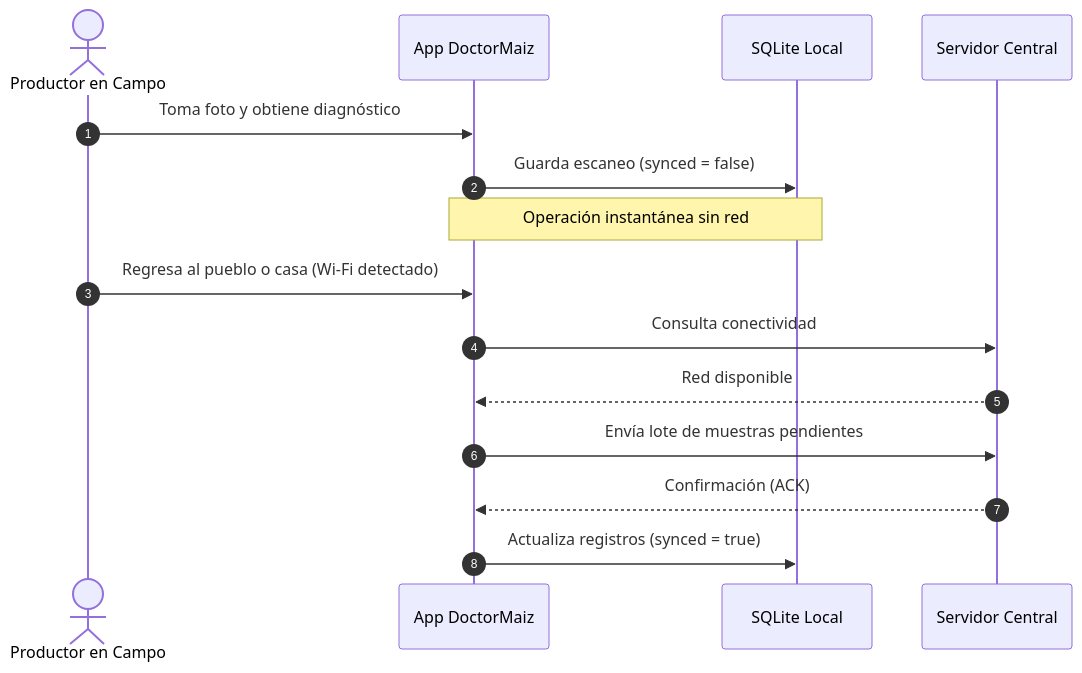
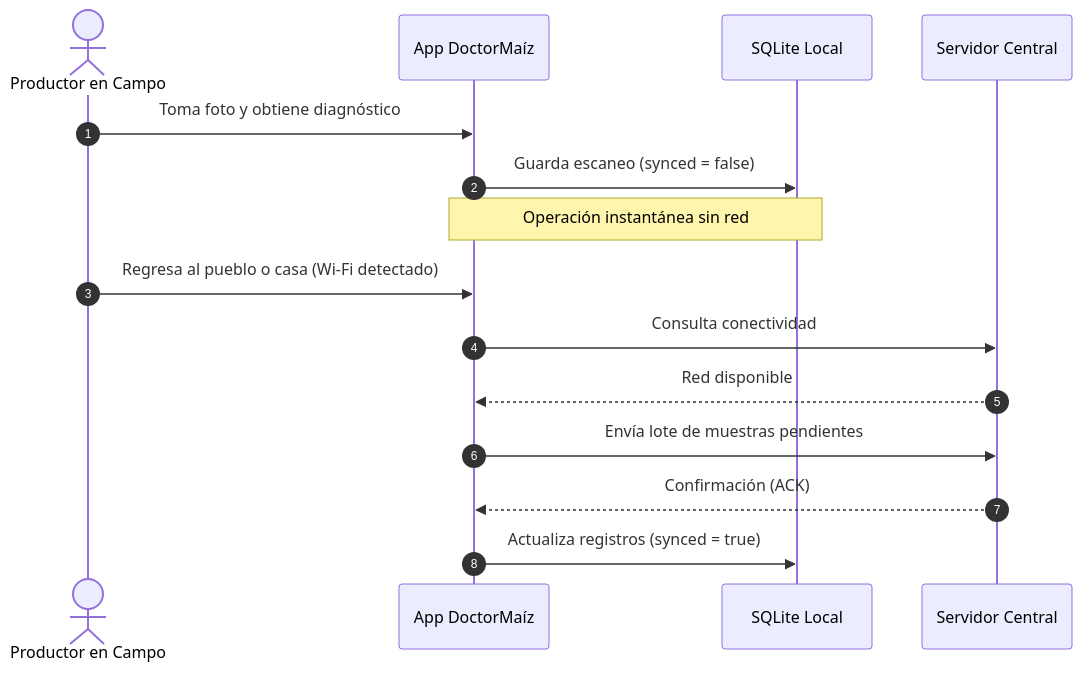
Before and after one commit to daiv05/maize-doctor-classifier: the diagram in docs/es/app/guia-inicio/primeros-pasos.md, drawn with Mermaid. The commit also changed other lines of this file and 29 other files, not shown here.

Commit message:
docs: unify the DoctorMaíz name and italicize English terms

````diff
--- a/docs/es/app/guia-inicio/primeros-pasos.md
+++ b/docs/es/app/guia-inicio/primeros-pasos.md
@@ -55,19 +55,19 @@
 ```mermaid
 sequenceDiagram
     autonumber
     actor A as Productor en Campo
-    participant App as App DoctorMaiz
+    participant App as App DoctorMaíz
     participant DB as SQLite Local
     participant Cloud as Servidor Central
 
     A->>App: Toma foto y obtiene diagnóstico
     App->>DB: Guarda escaneo (synced = false)
     Note over App,DB: Operación instantánea sin red
     
     A->>App: Regresa al pueblo o casa (Wi-Fi detectado)
     App->>Cloud: Consulta conectividad
     Cloud-->>App: Red disponible
     App->>Cloud: Envía lote de muestras pendientes
     Cloud-->>App: Confirmación (ACK)
     App->>DB: Actualiza registros (synced = true)
 ```
````
